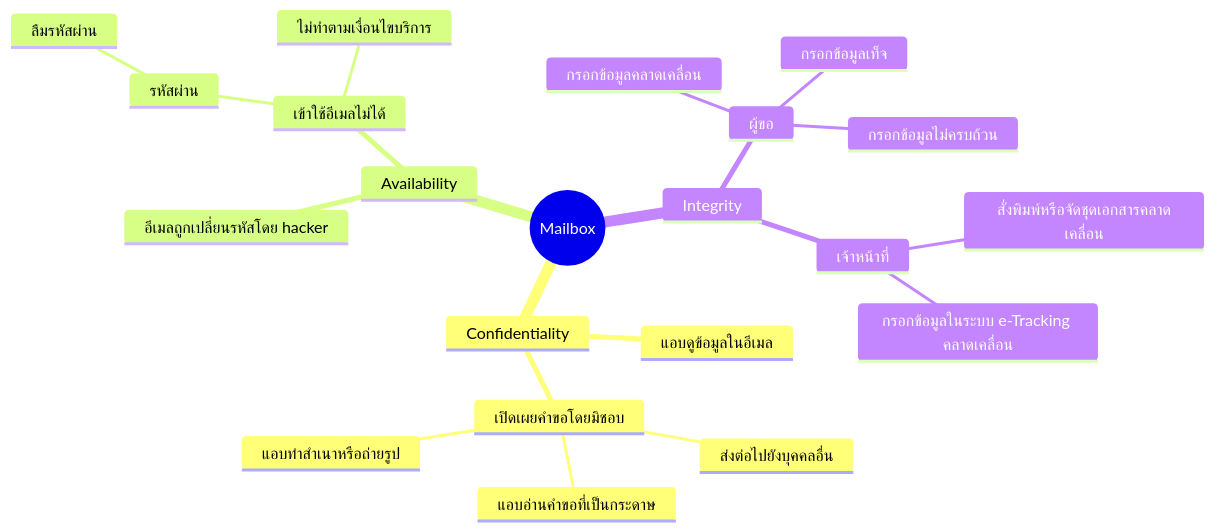
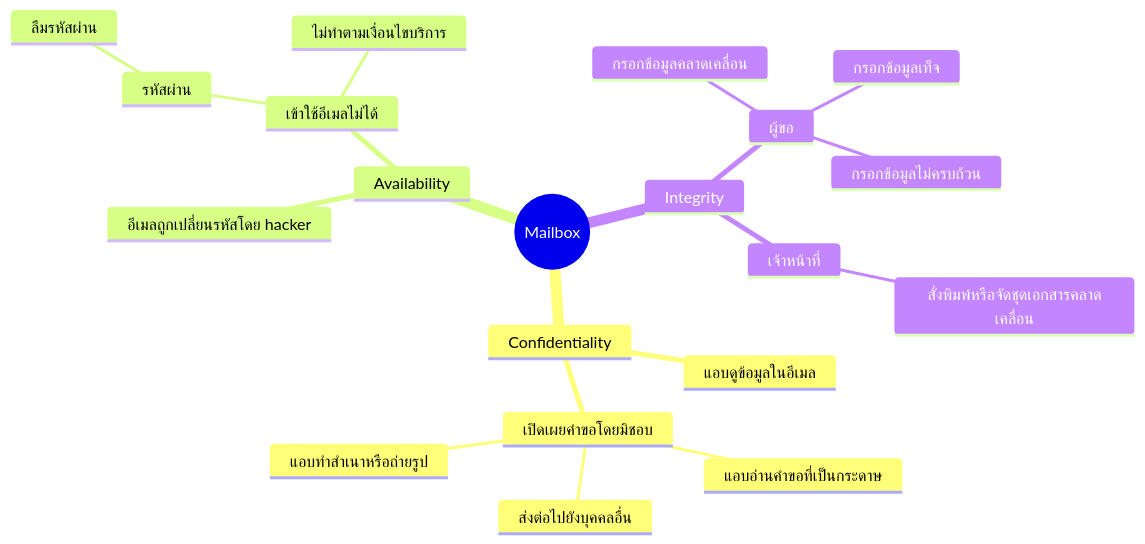
One commit to Kietpawpan/pdpa changed the eighth of 8 diagrams in README.md. Above: the diagram before and after it, drawn with Mermaid.

````diff
--- a/README.md
+++ b/README.md
@@ -173,25 +173,24 @@
 ```mermaid
 mindmap
-  Data Breach((Mailbox))
+  Root((Mailbox))
     Confidentiality
       แอบดูข้อมูลในอีเมล
       ::icon(fa fa-book)
       เปิดเผยคำขอโดยมิชอบ
         ส่งต่อไปยังบุคคลอื่น
         แอบอ่านคำขอที่เป็นกระดาษ
         แอบทำสำเนาหรือถ่ายรูป
     Availability
       อีเมลถูกเปลี่ยนรหัสโดย hacker
       เข้าใช้อีเมลไม่ได้
         รหัสผ่าน
             ลืมรหัสผ่าน
         ไม่ทำตามเงื่อนไขบริการ
     Integrity
       ผู้ขอ
          กรอกข้อมูลคลาดเคลื่อน
          กรอกข้อมูลเท็จ
          กรอกข้อมูลไม่ครบถ้วน
       เจ้าหน้าที่
          สั่งพิมพ์หรือจัดชุดเอกสารคลาดเคลื่อน
-         กรอกข้อมูลในระบบ e-Tracking คลาดเคลื่อน
 ```
````
